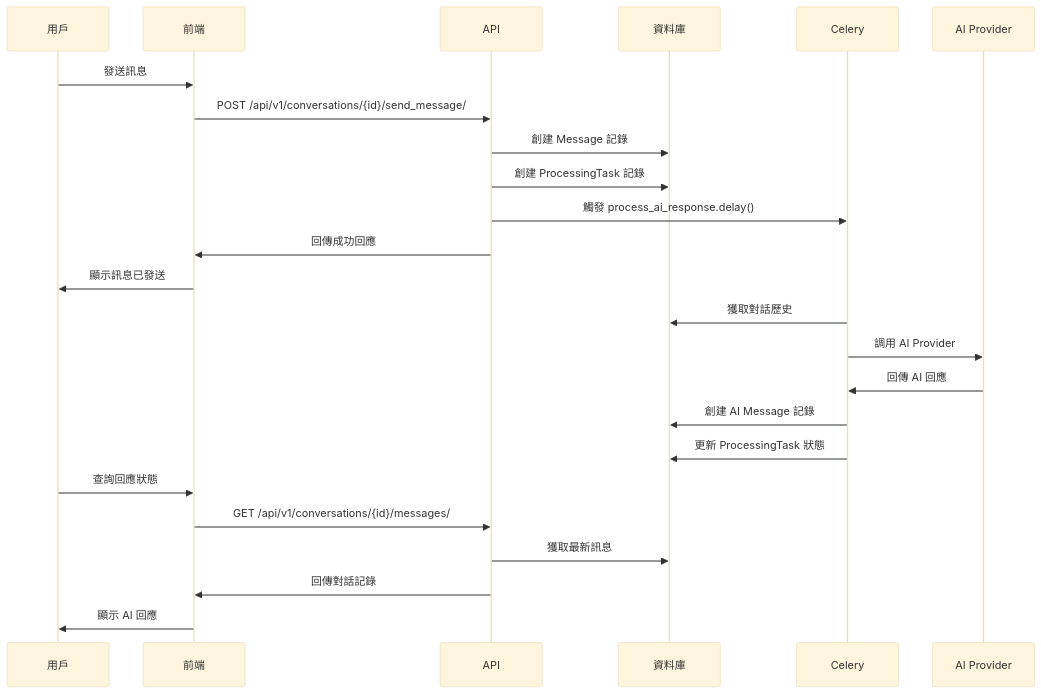
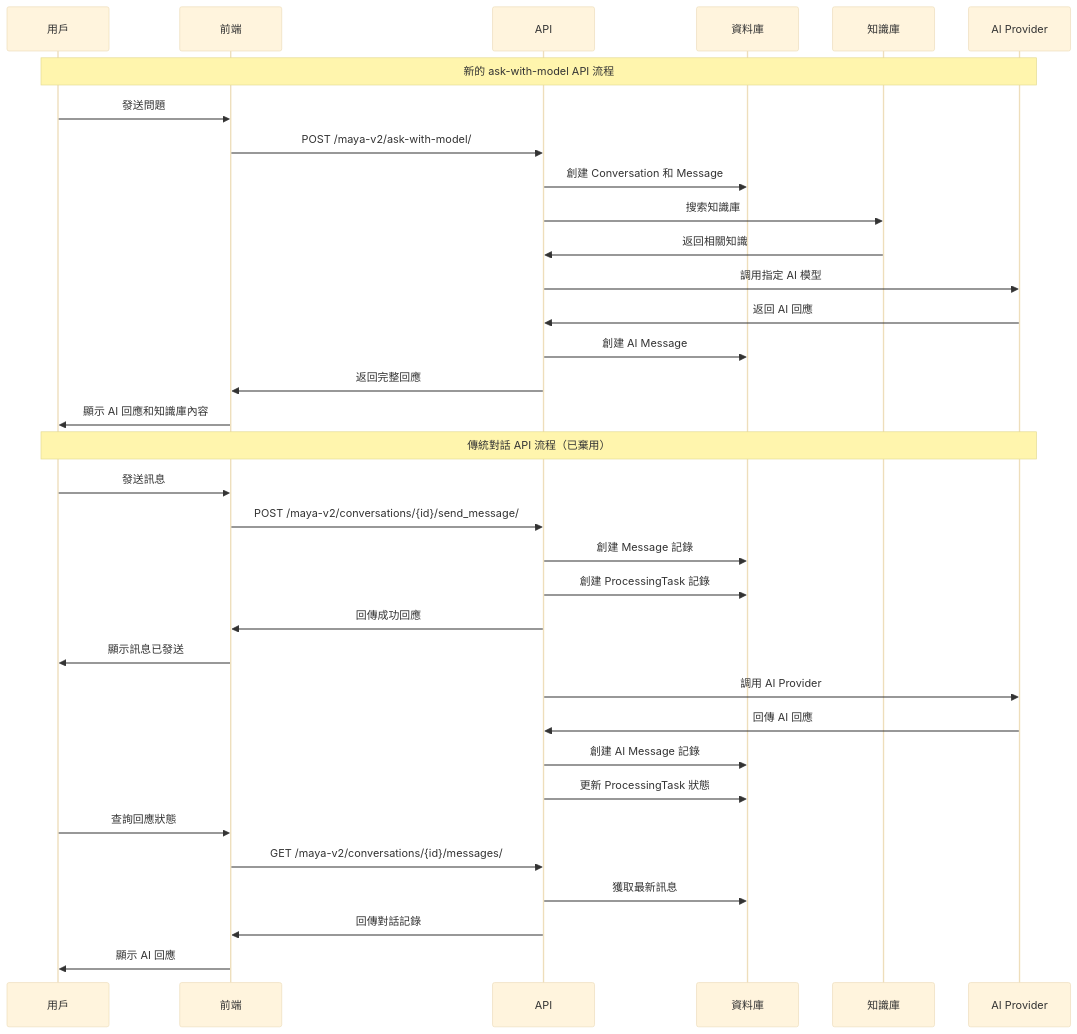
Before and after one commit to Vinskao/maya-sawa-v2: the fourth of 5 diagrams in README.md, drawn with Mermaid (base theme). The commit also changed other lines of this file and 6 other files, not shown here.

````diff
--- a/README.md
+++ b/README.md
@@ -212,29 +221,42 @@
 ```mermaid
 sequenceDiagram
     participant U as 用戶
     participant F as 前端
     participant A as API
     participant DB as 資料庫
-    participant C as Celery
+    participant KM as 知識庫
     participant AI as AI Provider
     
+    Note over U,AI: 新的 ask-with-model API 流程
+    
+    U->>F: 發送問題
+    F->>A: POST /maya-v2/ask-with-model/
+    A->>DB: 創建 Conversation 和 Message
+    A->>KM: 搜索知識庫
+    KM->>A: 返回相關知識
+    A->>AI: 調用指定 AI 模型
+    AI->>A: 返回 AI 回應
+    A->>DB: 創建 AI Message
+    A->>F: 返回完整回應
+    F->>U: 顯示 AI 回應和知識庫內容
+    
+    Note over U,AI: 傳統對話 API 流程（已棄用）
+    
     U->>F: 發送訊息
-    F->>A: POST /api/v1/conversations/{id}/send_message/
+    F->>A: POST /maya-v2/conversations/{id}/send_message/
     A->>DB: 創建 Message 記錄
     A->>DB: 創建 ProcessingTask 記錄
-    A->>C: 觸發 process_ai_response.delay()
     A->>F: 回傳成功回應
     F->>U: 顯示訊息已發送
     
-    C->>DB: 獲取對話歷史
-    C->>AI: 調用 AI Provider
-    AI->>C: 回傳 AI 回應
-    C->>DB: 創建 AI Message 記錄
-    C->>DB: 更新 ProcessingTask 狀態
+    A->>AI: 調用 AI Provider
+    AI->>A: 回傳 AI 回應
+    A->>DB: 創建 AI Message 記錄
+    A->>DB: 更新 ProcessingTask 狀態
     
     U->>F: 查詢回應狀態
-    F->>A: GET /api/v1/conversations/{id}/messages/
+    F->>A: GET /maya-v2/conversations/{id}/messages/
     A->>DB: 獲取最新訊息
     A->>F: 回傳對話記錄
     F->>U: 顯示 AI 回應
 ```
````
